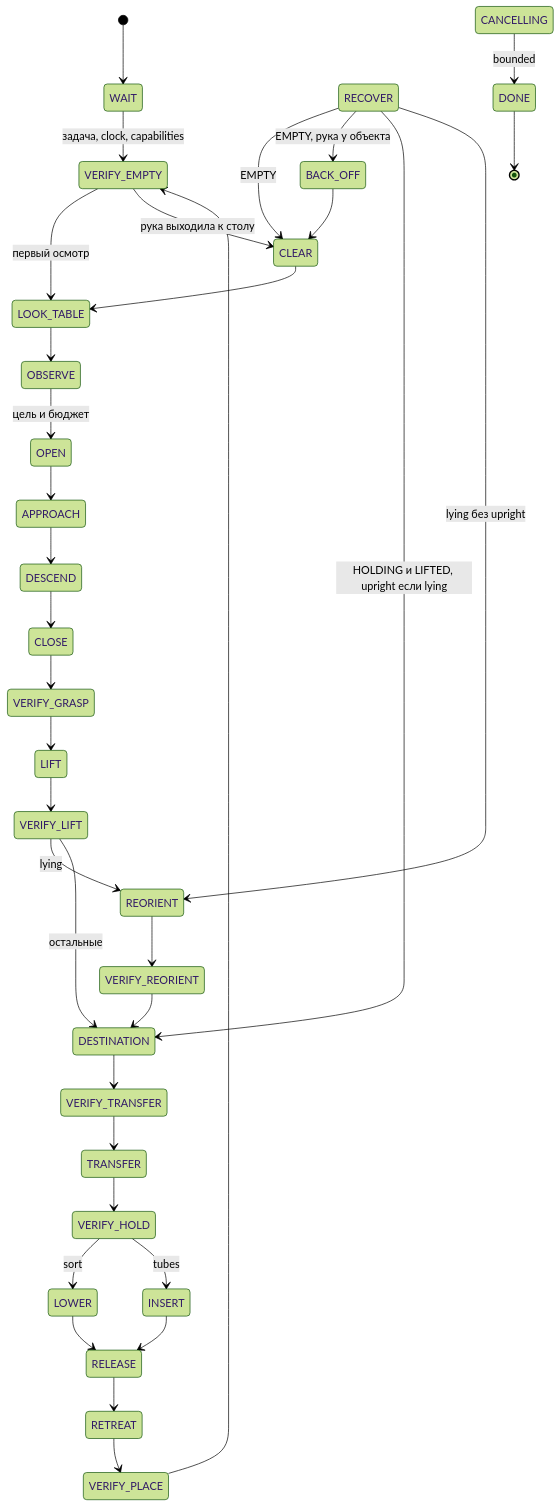
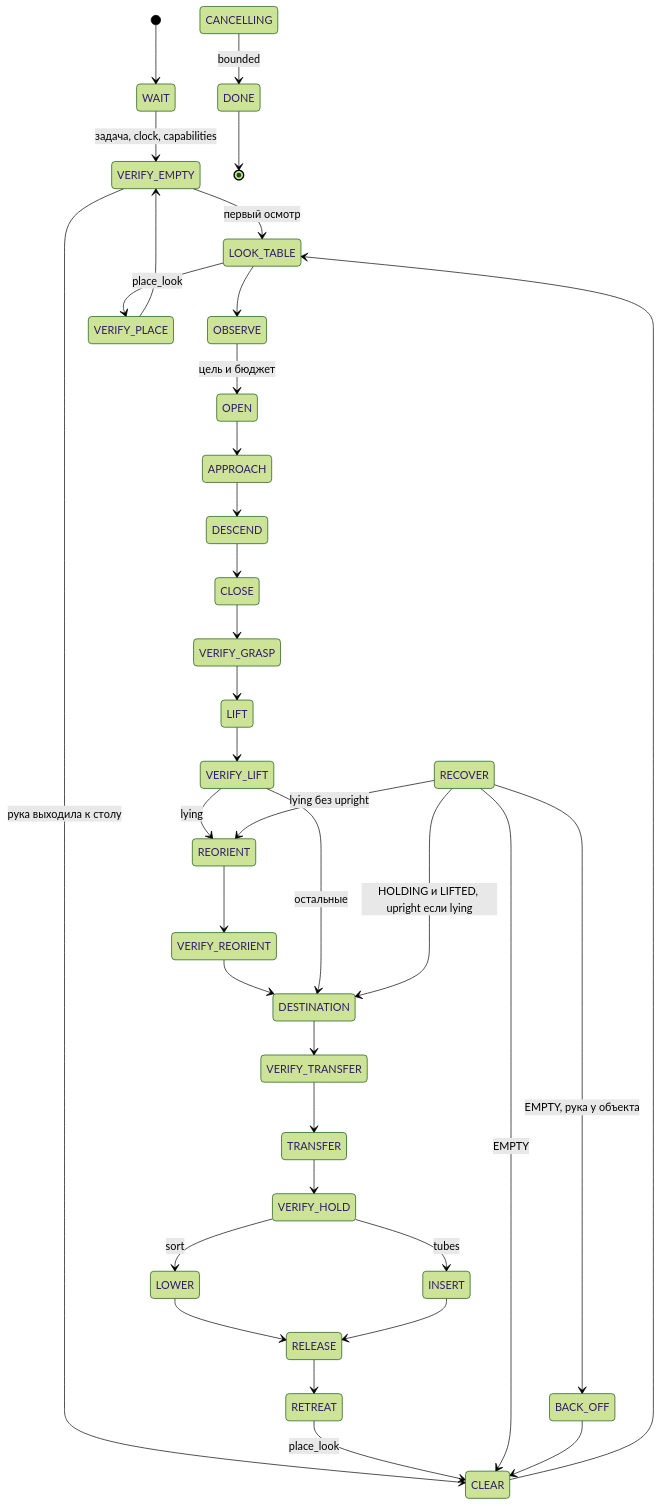
The diagram in docs/FSM_SPEC.md (NoGuarantee/humanoid-tabletop-sorting), drawn with Mermaid (forest theme) before and after one commit. The commit also changed other lines of this file and 3 other files, not shown here.

````diff
--- a/docs/FSM_SPEC.md
+++ b/docs/FSM_SPEC.md
@@ -182,37 +183,38 @@
 ```mermaid
 stateDiagram-v2
     [*] --> WAIT
     WAIT --> VERIFY_EMPTY: задача, clock, capabilities
     VERIFY_EMPTY --> LOOK_TABLE: первый осмотр
     VERIFY_EMPTY --> CLEAR: рука выходила к столу
     CLEAR --> LOOK_TABLE
     LOOK_TABLE --> OBSERVE
     OBSERVE --> OPEN: цель и бюджет
     OPEN --> APPROACH
     APPROACH --> DESCEND
     DESCEND --> CLOSE
     CLOSE --> VERIFY_GRASP
     VERIFY_GRASP --> LIFT
     LIFT --> VERIFY_LIFT
     VERIFY_LIFT --> REORIENT: lying
     REORIENT --> VERIFY_REORIENT
     VERIFY_REORIENT --> DESTINATION
     VERIFY_LIFT --> DESTINATION: остальные
     DESTINATION --> VERIFY_TRANSFER
     VERIFY_TRANSFER --> TRANSFER
     TRANSFER --> VERIFY_HOLD
     VERIFY_HOLD --> LOWER: sort
     VERIFY_HOLD --> INSERT: tubes
     LOWER --> RELEASE
     INSERT --> RELEASE
     RELEASE --> RETREAT
     VERIFY_PLACE --> VERIFY_EMPTY
-    RETREAT --> VERIFY_PLACE
+    RETREAT --> CLEAR: place_look
+    LOOK_TABLE --> VERIFY_PLACE: place_look
     RECOVER --> CLEAR: EMPTY
     RECOVER --> BACK_OFF: EMPTY, рука у объекта
     BACK_OFF --> CLEAR
     RECOVER --> DESTINATION: HOLDING и LIFTED, upright если lying
     RECOVER --> REORIENT: lying без upright
     CANCELLING --> DONE: bounded
     DONE --> [*]
 ```
````
